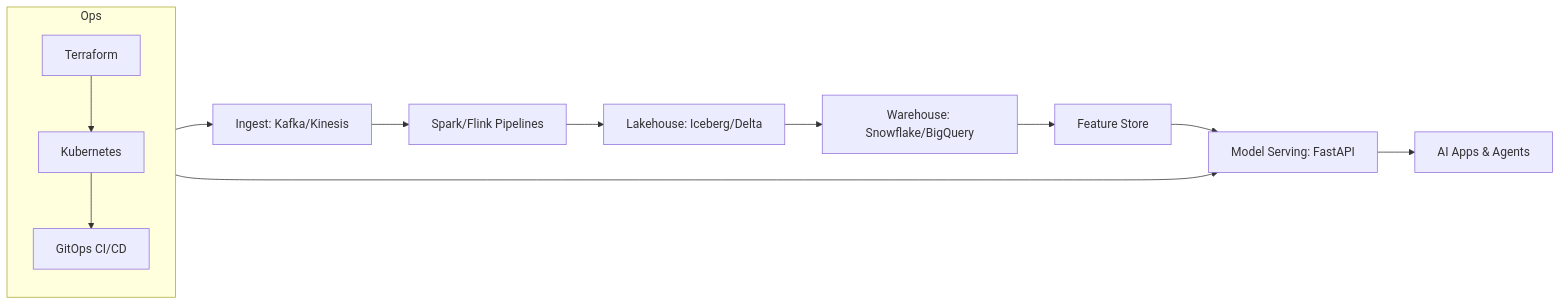
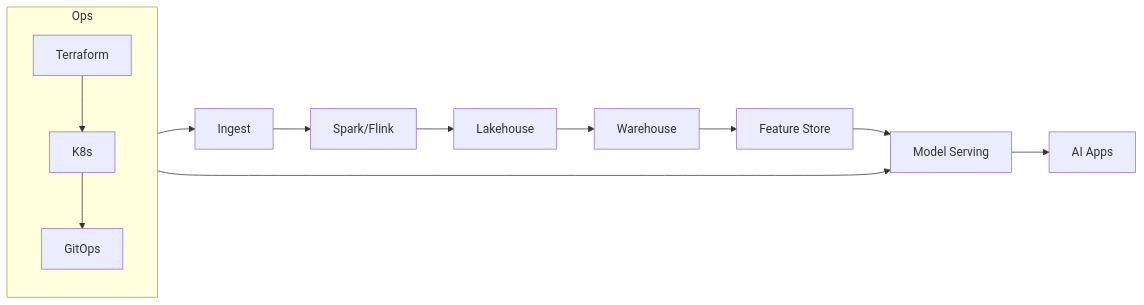
One commit to data-literate/DEX changed the diagram in Readme.md. Above: the diagram before and after it, drawn with Mermaid. The commit also changed other lines of this file and 203 other files, not shown here.

````diff
--- a/Readme.md
+++ b/Readme.md
@@ -11,15 +178,14 @@
 ```mermaid
 flowchart LR
-    Ingest[Ingest: Kafka/Kinesis] --> Process[Spark/Flink Pipelines]
-    Process --> Lakehouse[Lakehouse: Iceberg/Delta]
-    Lakehouse --> Warehouse[Warehouse: Snowflake/BigQuery]
+    Ingest[Ingest] --> Process[Spark/Flink]
+    Process --> Lakehouse[Lakehouse]
+    Lakehouse --> Warehouse[Warehouse]
     Warehouse --> Features[Feature Store]
-    Features --> Serve[Model Serving: FastAPI]
-    Serve --> Apps[AI Apps & Agents]
+    Features --> Serve[Model Serving]
+    Serve --> Apps[AI Apps]
     subgraph Ops
-        Terraform[Terraform] --> K8s[Kubernetes]
-        K8s --> GitOps[GitOps CI/CD]
+        Terraform --> K8s --> GitOps
     end
     Ops --> Ingest
     Ops --> Serve
 ```
````
